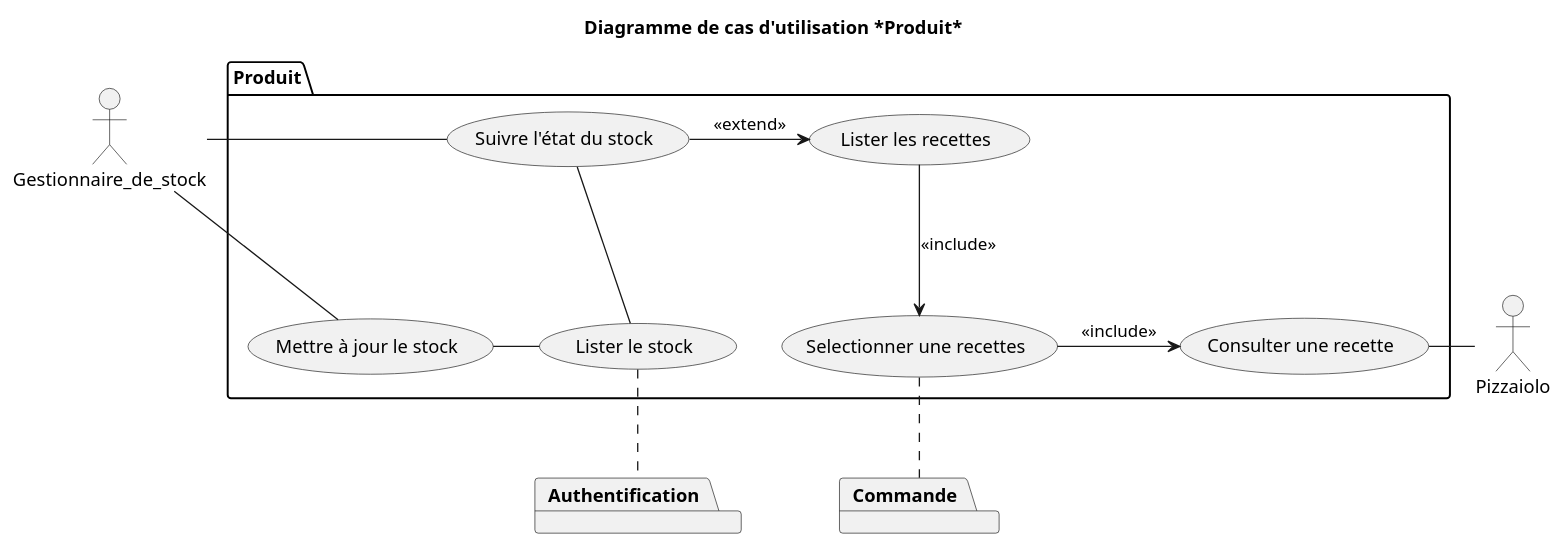
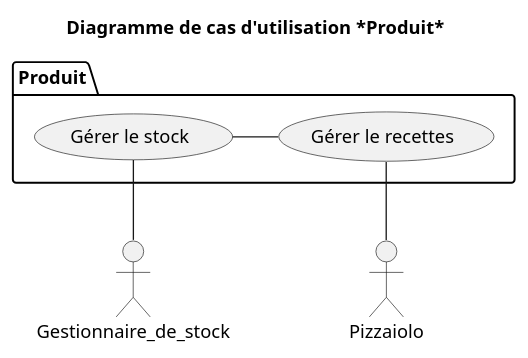
One commit to Zepmanbc/oc_dapython_pr4 changed the diagram in v3/uml/03_produit.puml. Above: the diagram before and after it, drawn with PlantUML. The commit also changed 2 other files, not shown here.

```diff
--- a/v3/uml/03_produit.puml
+++ b/v3/uml/03_produit.puml
@@ -1,34 +1,16 @@
 @startuml 03_produit
 title Diagramme de cas d'utilisation *Produit*
 
 actor Gestionnaire_de_stock as GESTSTOCK
 actor Pizzaiolo as PZLO
 
 package Produit{
-    ' left to right direction
-    (Consulter une recette) as SHOW_RECIPE
-    (Suivre l'état du stock) as FOLLOW_STOCK
-    (Selectionner une recettes) as SELECT_RECIPE
-    (Lister les recettes) as LIST_RECIPE
-    (Mettre à jour le stock) as UPDATE_STOCK
-    (Lister le stock) as LIST_STOCK
+    (Gérer le stock) as STOCK
+    (Gérer le recettes) as RECIPE
 }
-package Commande
-package Authentification
 
-GESTSTOCK - FOLLOW_STOCK
-GESTSTOCK - UPDATE_STOCK
-SHOW_RECIPE -r- PZLO
-
-' PZLO -- 
-SHOW_RECIPE <-l- SELECT_RECIPE : <<include>>
-LIST_RECIPE --> SELECT_RECIPE : <<include>>
-FOLLOW_STOCK -> LIST_RECIPE : <<extend>>
-FOLLOW_STOCK -- LIST_STOCK
-UPDATE_STOCK - LIST_STOCK
-
-SELECT_RECIPE .. Commande
-LIST_STOCK .. Authentification
-
+STOCK - RECIPE
+GESTSTOCK -u- STOCK
+RECIPE -- PZLO
 
 @enduml
```
